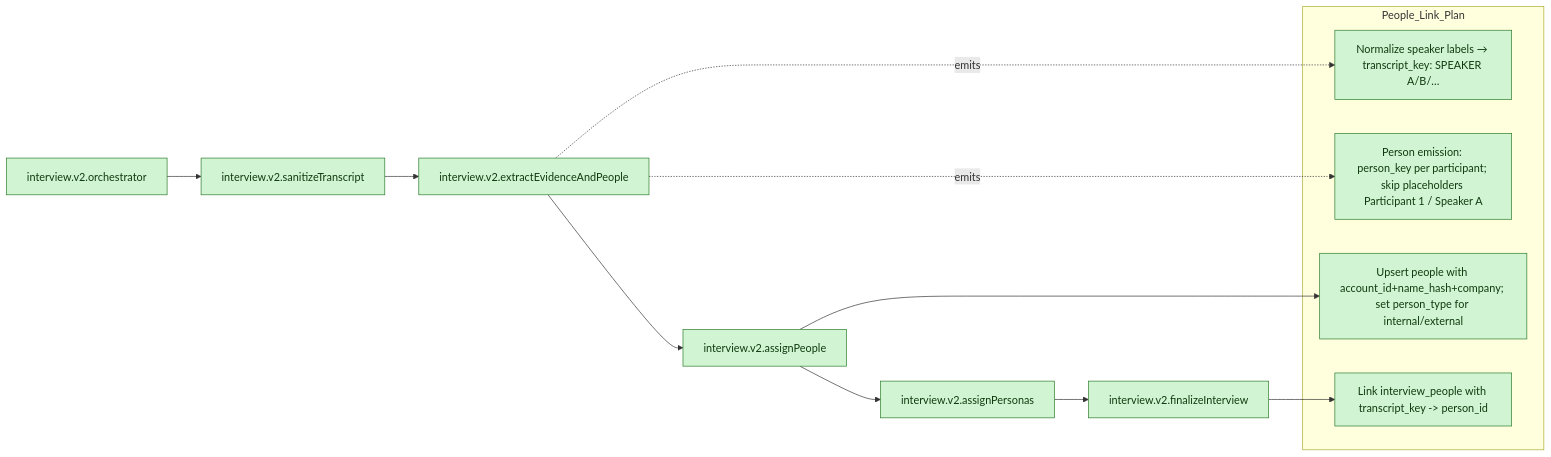
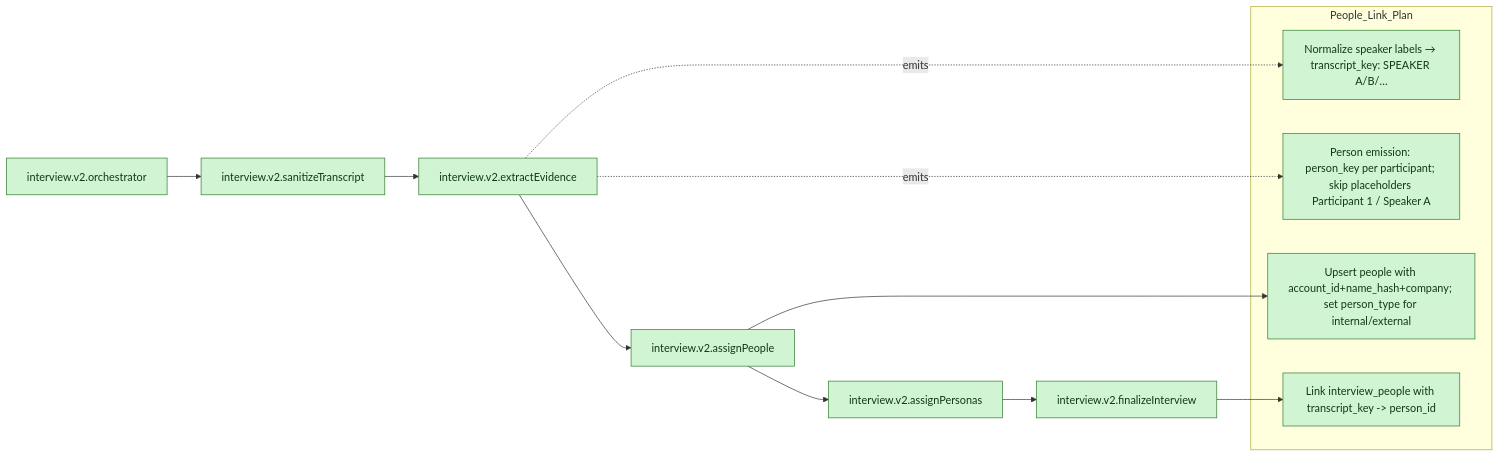
Before and after one commit to epic-hq/Insights: the second of 2 diagrams in docs/architecture/ingestpeoplefix.md, drawn with Mermaid. The commit also changed other lines of this file and 13 other files, not shown here.

````diff
--- a/docs/architecture/ingestpeoplefix.md
+++ b/docs/architecture/ingestpeoplefix.md
@@ -62,25 +62,25 @@
 ```mermaid
 flowchart LR
   orch[interview.v2.orchestrator] --> sanitize[interview.v2.sanitizeTranscript]
-  sanitize --> extract[interview.v2.extractEvidenceAndPeople]
+  sanitize --> extract[interview.v2.extractEvidence]
   extract --> assign_people[interview.v2.assignPeople]
   assign_people --> assign_personas[interview.v2.assignPersonas]
   assign_personas --> finalize[interview.v2.finalizeInterview]
 
   subgraph People_Link_Plan
     A[Normalize speaker labels → transcript_key: SPEAKER A/B/…]
     B[Person emission: person_key per participant; skip placeholders Participant 1 / Speaker A]
     C[Upsert people with account_id+name_hash+company; set person_type for internal/external]
     D[Link interview_people with transcript_key -> person_id]
   end
 
   extract -. emits .-> A
   extract -. emits .-> B
   assign_people --> C
   finalize --> D
 
   classDef v2 fill:#d1f5d3,stroke:#2b7a2a,color:#0f3a0f;
   class orch,sanitize,extract,assign_people,assign_personas,finalize,A,B,C,D v2;
 
   %% Note: Each node is on its own line; IDs avoid slashes; labels are in quotes. Avoid parentheses/linebreaks in labels; use simple text or semicolons.
 ```
````
